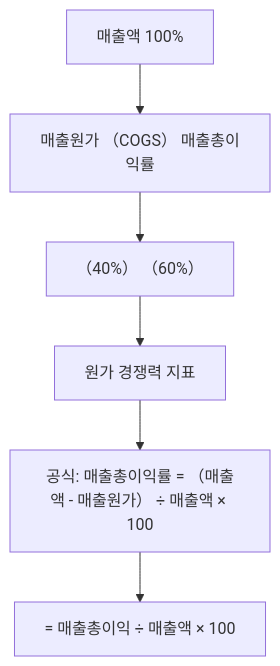
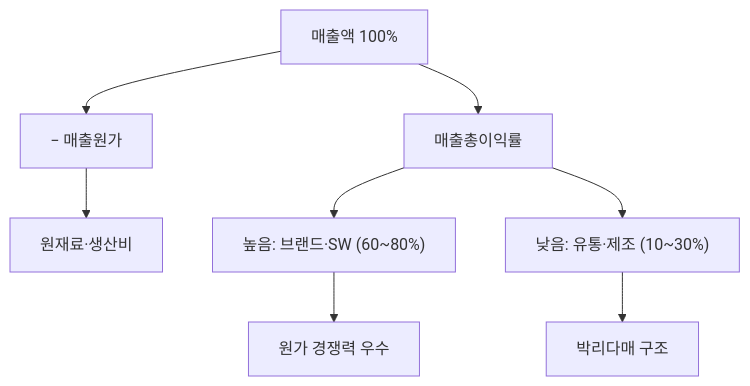
Before and after one commit to yeongseon/stock-visual-note: the diagram in content/stock-terms/ko/level-04-ratios/gross-margin.md, drawn with Mermaid. The commit also changed other lines of this file and 96 other files, not shown here.

Commit message:
Rewrite all 98 remaining articles: branching Mermaid diagrams, natural search_intent, compelling seo_titles, clean descriptions

````diff
--- a/content/stock-terms/ko/level-04-ratios/gross-margin.md
+++ b/content/stock-terms/ko/level-04-ratios/gross-margin.md
@@ -39,14 +39,11 @@
 ```mermaid
 graph TD
-    N0["매출액 100%"]
-    N1["매출원가 （COGS） 매출총이익률"]
-    N2["（40%） （60%）"]
-    N3["원가 경쟁력 지표"]
-    N4["공식: 매출총이익률 = （매출액 - 매출원가） ÷ 매출액 × 100"]
-    N5["= 매출총이익 ÷ 매출액 × 100"]
-    N0 --> N1
-    N1 --> N2
-    N2 --> N3
-    N3 --> N4
-    N4 --> N5
+    A["매출액 100%"]
+    A --> B["− 매출원가"]
+    A --> C["매출총이익률"]
+    B --> D["원재료·생산비"]
+    C --> E["높음: 브랜드·SW (60~80%)"]
+    C --> F["낮음: 유통·제조 (10~30%)"]
+    E --> G["원가 경쟁력 우수"]
+    F --> H["박리다매 구조"]
 ```
````
